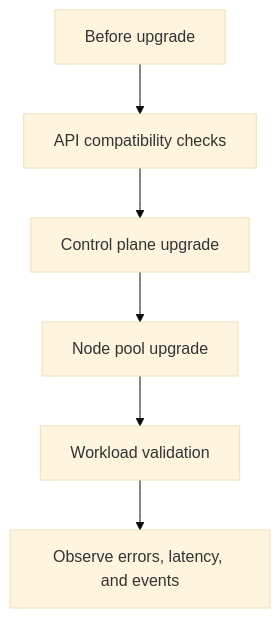
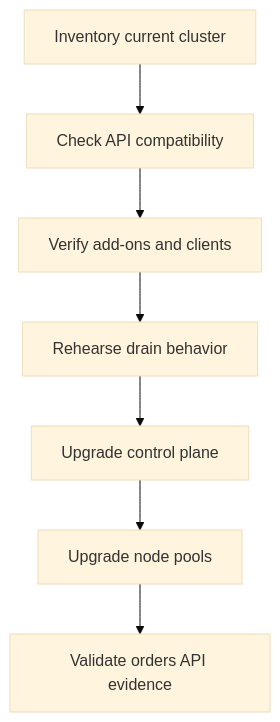
Before and after one commit to senlinyy/dev-roadmaps: the diagram in containers-orchestration/kubernetes/operations/cluster-upgrades.md, drawn with Mermaid (base theme). The commit also changed other lines of this file and 119 other files, not shown here.

````diff
--- a/containers-orchestration/kubernetes/operations/cluster-upgrades.md
+++ b/containers-orchestration/kubernetes/operations/cluster-upgrades.md
@@ -31,8 +35,9 @@
 ```mermaid
 flowchart TD
-    A["Before upgrade"] --> B["API compatibility checks"]
-    B --> C["Control plane upgrade"]
-    C --> D["Node pool upgrade"]
-    D --> E["Workload validation"]
-    E --> F["Observe errors, latency, and events"]
+    A["Inventory current cluster"] --> B["Check API compatibility"]
+    B --> C["Verify add-ons and clients"]
+    C --> D["Rehearse drain behavior"]
+    D --> E["Upgrade control plane"]
+    E --> F["Upgrade node pools"]
+    F --> G["Validate orders API evidence"]
 ```
````
